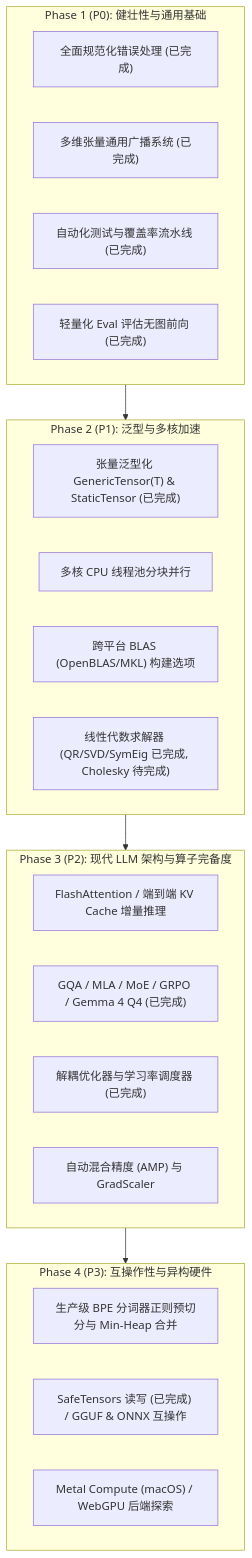
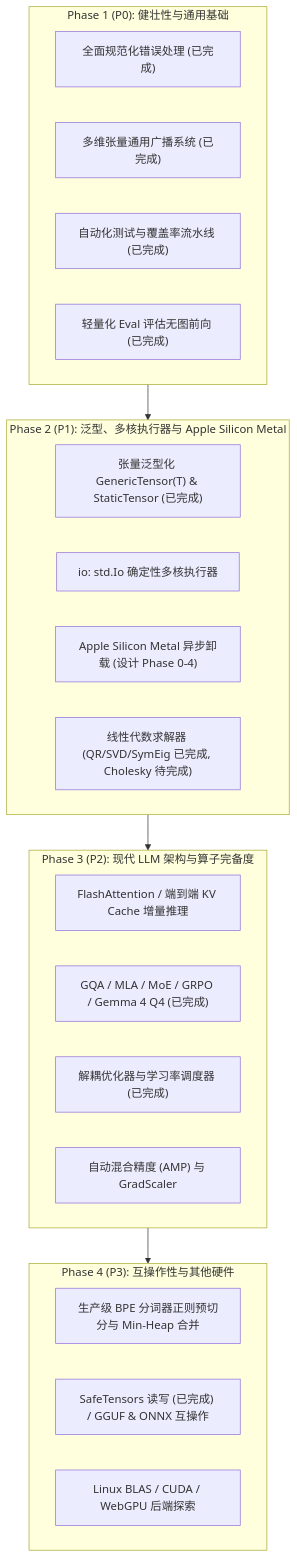
One commit to chen-gz/znn changed the diagram in plan/README.md. Above: the diagram before and after it, drawn with Mermaid. The commit also changed other lines of this file and 6 other files, not shown here.

````diff
--- a/plan/README.md
+++ b/plan/README.md
@@ -19,33 +19,33 @@
 ```mermaid
 flowchart TD
     subgraph Phase1["Phase 1 (P0): 健壮性与通用基础"]
         P1_1["全面规范化错误处理 (已完成)"]
         P1_2["多维张量通用广播系统 (已完成)"]
         P1_3["自动化测试与覆盖率流水线 (已完成)"]
         P1_4["轻量化 Eval 评估无图前向 (已完成)"]
     end
 
-    subgraph Phase2["Phase 2 (P1): 泛型与多核加速"]
+    subgraph Phase2["Phase 2 (P1): 泛型、多核执行器与 Apple Silicon Metal"]
         P2_1["张量泛型化 GenericTensor(T) & StaticTensor (已完成)"]
-        P2_2["多核 CPU 线程池分块并行"]
-        P2_3["跨平台 BLAS (OpenBLAS/MKL) 构建选项"]
+        P2_2["io: std.Io 确定性多核执行器"]
+        P2_3["Apple Silicon Metal 异步卸载 (设计 Phase 0-4)"]
         P2_4["线性代数求解器 (QR/SVD/SymEig 已完成, Cholesky 待完成)"]
     end
 
     subgraph Phase3["Phase 3 (P2): 现代 LLM 架构与算子完备度"]
         P3_1["FlashAttention / 端到端 KV Cache 增量推理"]
         P3_2["GQA / MLA / MoE / GRPO / Gemma 4 Q4 (已完成)"]
         P3_3["解耦优化器与学习率调度器 (已完成)"]
         P3_4["自动混合精度 (AMP) 与 GradScaler"]
     end
 
-    subgraph Phase4["Phase 4 (P3): 互操作性与异构硬件"]
+    subgraph Phase4["Phase 4 (P3): 互操作性与其他硬件"]
         P4_1["生产级 BPE 分词器正则预切分与 Min-Heap 合并"]
         P4_2["SafeTensors 读写 (已完成) / GGUF & ONNX 互操作"]
-        P4_3["Metal Compute (macOS) / WebGPU 后端探索"]
+        P4_3["Linux BLAS / CUDA / WebGPU 后端探索"]
     end
 
     Phase1 --> Phase2
     Phase2 --> Phase3
     Phase3 --> Phase4
 ```
````
